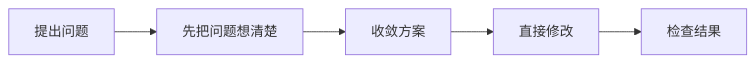
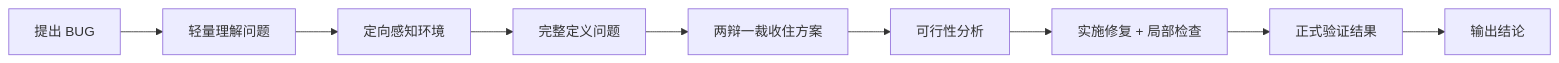
The first of 3 diagrams in README.md (chungeplus/yeizi-skills), drawn with Mermaid before and after one commit. The commit also changed other lines of this file and 3 other files, not shown here.

````diff
--- a/README.md
+++ b/README.md
@@ -26,7 +48,11 @@
 ```mermaid
 flowchart LR
-    A["提出问题"] --> B["先把问题想清楚"]
-    B --> C["收敛方案"]
-    C --> D["直接修改"]
-    D --> E["检查结果"]
+    A["提出 BUG"] --> B["轻量理解问题"]
+    B --> C["定向感知环境"]
+    C --> D["完整定义问题"]
+    D --> E["两辩一裁收住方案"]
+    E --> F["可行性分析"]
+    F --> G["实施修复 + 局部检查"]
+    G --> H["正式验证结果"]
+    H --> I["输出结论"]
 ```
````
